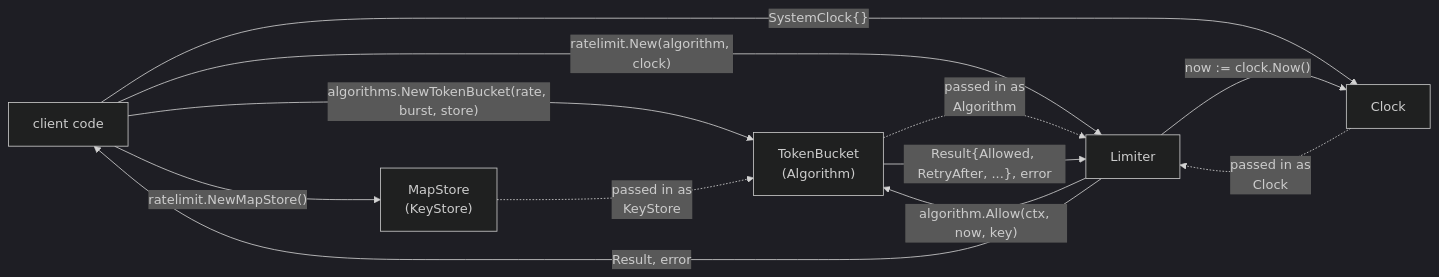
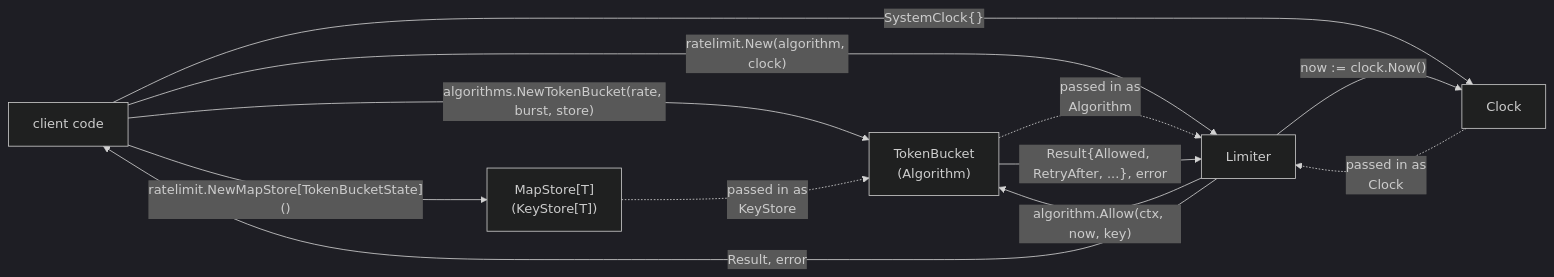
One commit to const-nash/go-rate-limiter changed the third of 3 diagrams in docs/architecture.md. Above: the diagram before and after it, drawn with Mermaid (dark theme). The commit also changed other lines of this file and 5 other files, not shown here.

Commit message:
Refactor algorithms and `KeyStore`: implement type-safe generics for state management, remove per-algorithm locks, optimize `MapStore` with shard-based concurrency.

````diff
--- a/docs/architecture.md
+++ b/docs/architecture.md
@@ -287,14 +327,14 @@
 ```mermaid
 flowchart LR
     A["client code"] -->|"algorithms.NewTokenBucket(rate, burst, store)"| B["TokenBucket\n(Algorithm)"]
     A -->|"ratelimit.New(algorithm, clock)"| C["Limiter"]
     A -->|"SystemClock{}"| E["Clock"]
-    A -->|"ratelimit.NewMapStore()"| R["MapStore\n(KeyStore)"]
+    A -->|"ratelimit.NewMapStore[TokenBucketState]()"| R["MapStore[T]\n(KeyStore[T])"]
     R -.->|"passed in as\nKeyStore"| B
     B -.->|"passed in as\nAlgorithm"| C
     E -.->|"passed in as\nClock"| C
     C -->|"now := clock.Now()"| E
     C -->|"algorithm.Allow(ctx, now, key)"| B
     B -->|"Result{Allowed, RetryAfter, ...}, error"| C
     C -->|"Result, error"| A
 ```
````
